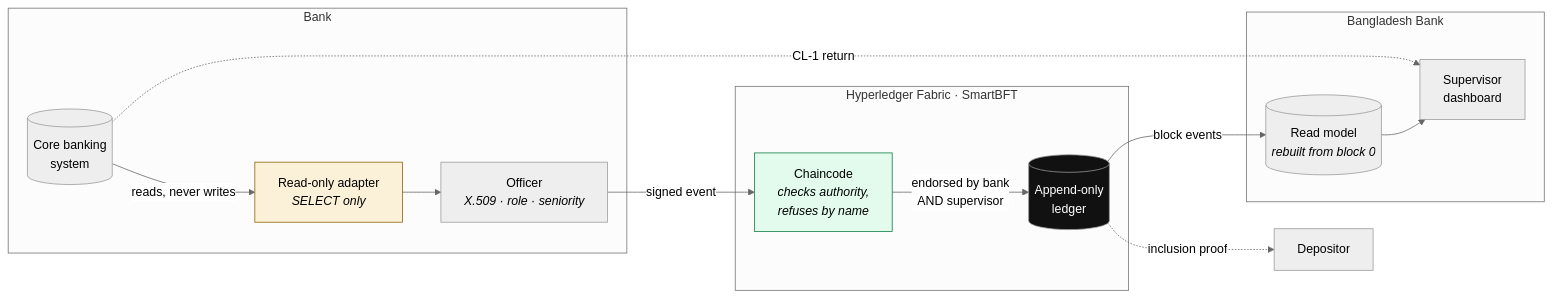
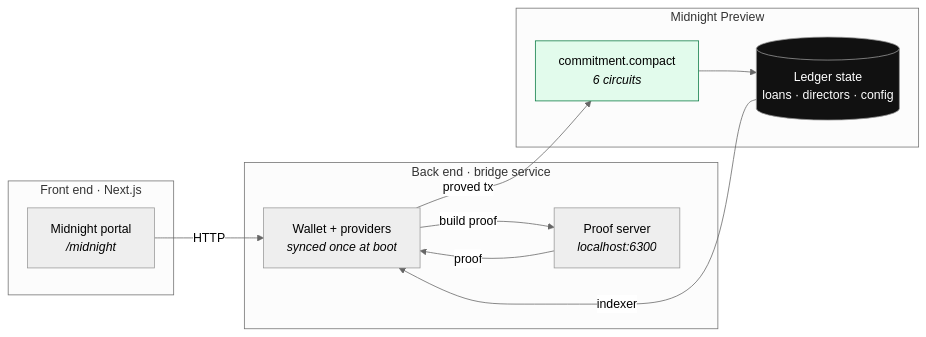
One commit to ripWr3ncH/BlockChain-Devpost changed the diagram in README.md. Above: the diagram before and after it, drawn with Mermaid (neutral theme). The commit also changed other lines of this file and 24 other files, not shown here.

First line of the commit message:
Port to Midnight: deploy commitment contract to Preview, verified end to end

````diff
--- a/README.md
+++ b/README.md
@@ -28,33 +96,26 @@
 ```mermaid
 flowchart LR
-    subgraph BANK["Bank"]
-        CBS[(Core banking<br/>system)]
-        ADP["Read-only adapter<br/><i>SELECT only</i>"]
-        OFF["Officer<br/><i>X.509 · role · seniority</i>"]
+    subgraph WEB["Front end · Next.js"]
+        UI["Midnight portal<br/><i>/midnight</i>"]
     end
 
-    subgraph LEDGER["Hyperledger Fabric · SmartBFT"]
-        CC["Chaincode<br/><i>checks authority,<br/>refuses by name</i>"]
-        L[("Append-only<br/>ledger")]
+    subgraph BRIDGE["Back end · bridge service"]
+        W["Wallet + providers<br/><i>synced once at boot</i>"]
+        PS["Proof server<br/><i>localhost:6300</i>"]
     end
 
-    subgraph SUP["Bangladesh Bank"]
-        RM[("Read model<br/><i>rebuilt from block 0</i>")]
-        DASH["Supervisor<br/>dashboard"]
+    subgraph MN["Midnight Preview"]
+        CC["commitment.compact<br/><i>6 circuits</i>"]
+        L[("Ledger state<br/>loans · directors · config")]
     end
 
-    DEP["Depositor"]
-
-    CBS -->|reads, never writes| ADP
-    ADP --> OFF
-    OFF -->|signed event| CC
-    CC -->|endorsed by bank<br/>AND supervisor| L
-    L -->|block events| RM
-    RM --> DASH
-    L -.->|inclusion proof| DEP
-    CBS -.->|CL-1 return| DASH
+    UI -->|HTTP| W
+    W -->|build proof| PS
+    PS -->|proof| W
+    W -->|proved tx| CC
+    CC --> L
+    L -->|indexer| W
 
     style CC fill:#e2fbec,stroke:#0a7a43
     style L fill:#111111,color:#ffffff
-    style ADP fill:#fbf1d9,stroke:#8a6100
 ```
````
